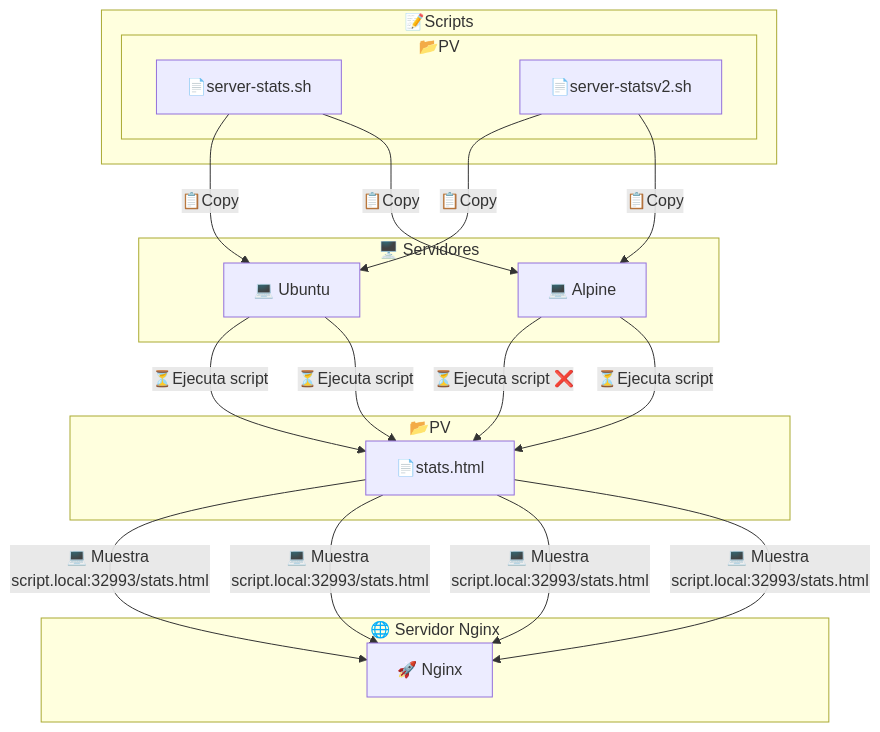
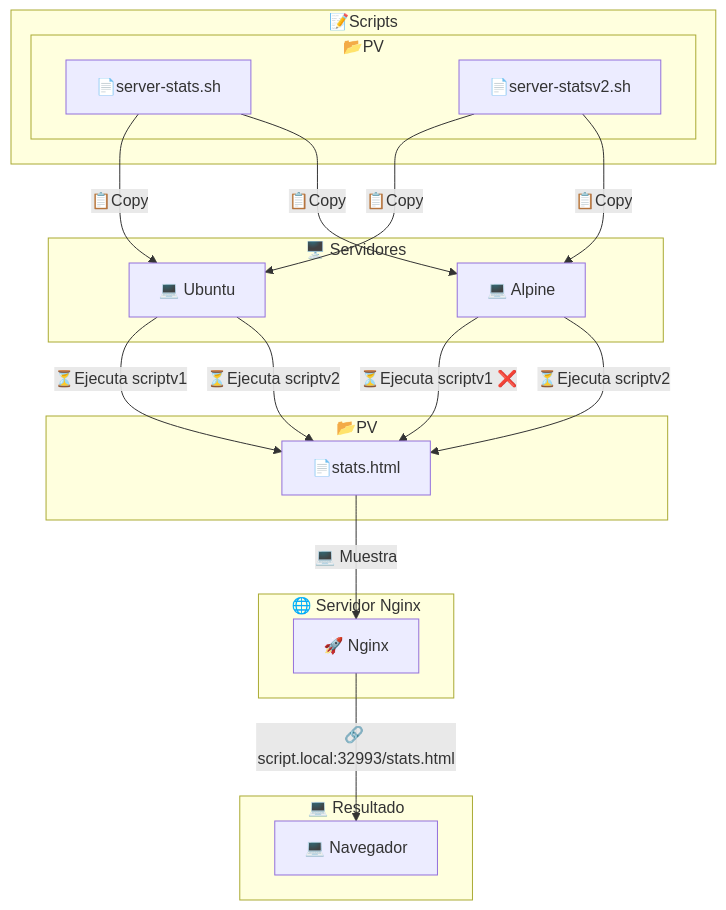
The first of 2 diagrams in SchemeServerIdea.md (donas11/https-roadmap.sh-projects-server-stats), drawn with Mermaid before and after one commit. The commit also changed other lines of this file, not shown here.

````diff
--- a/SchemeServerIdea.md
+++ b/SchemeServerIdea.md
@@ -3,39 +3,46 @@
 ```mermaid
 graph TD;
     subgraph Servidor["🖥️ Servidores"]
         S1["💻 Ubuntu"];
         S2["💻 Alpine"];
     end
 
     subgraph Scripts["📝Scripts"]
         subgraph Persist_volumen_IN["📂PV"]
             F1["📄server-stats.sh "];
             F2["📄server-statsv2.sh "];
         end
     end
         subgraph Persist_volumen_out["📂PV"]
         O["📄stats.html "];
     end
 
     subgraph Nginx_Server["🌐 Servidor Nginx"]
         N["🚀 Nginx"];
+    end
+
+     subgraph Navegador["💻  Resultado"]
+        E["💻 Navegador"];
     end;
 
     F1 -->|📋Copy| S1 
-    S1 -->|⏳Ejecuta script| O
-    O -->|💻 Muestra script.local:32993/stats.html |N
+    S1 -->|⏳Ejecuta scriptv1| O
 
     F1 -->|📋Copy| S2 
-    S2 -->|⏳Ejecuta script ❌| O
-    O -->|💻 Muestra script.local:32993/stats.html |N
+    S2 -->|⏳Ejecuta scriptv1 ❌| O
 
     F2 -->|📋Copy| S1 
-    S1 -->|⏳Ejecuta script| O
-    O -->|💻 Muestra script.local:32993/stats.html |N
+    S1 -->|⏳Ejecuta scriptv2| O
+    
 
     F2 -->|📋Copy| S2 
-    S2 -->|⏳Ejecuta script| O
-    O -->|💻 Muestra script.local:32993/stats.html |N
+    S2 -->|⏳Ejecuta scriptv2| O
+    
+
+
+    O -->|💻 Muestra| N
+    N -->|🔗 script.local:32993/stats.html|E
+
 
 
 ```
````
